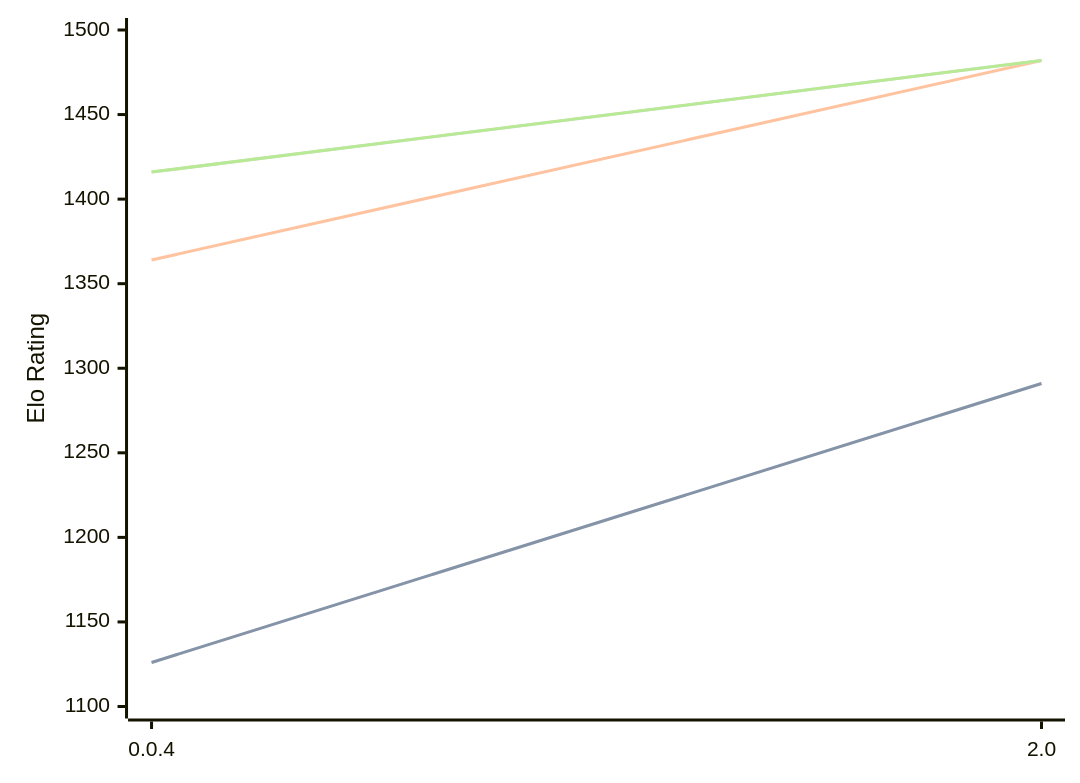
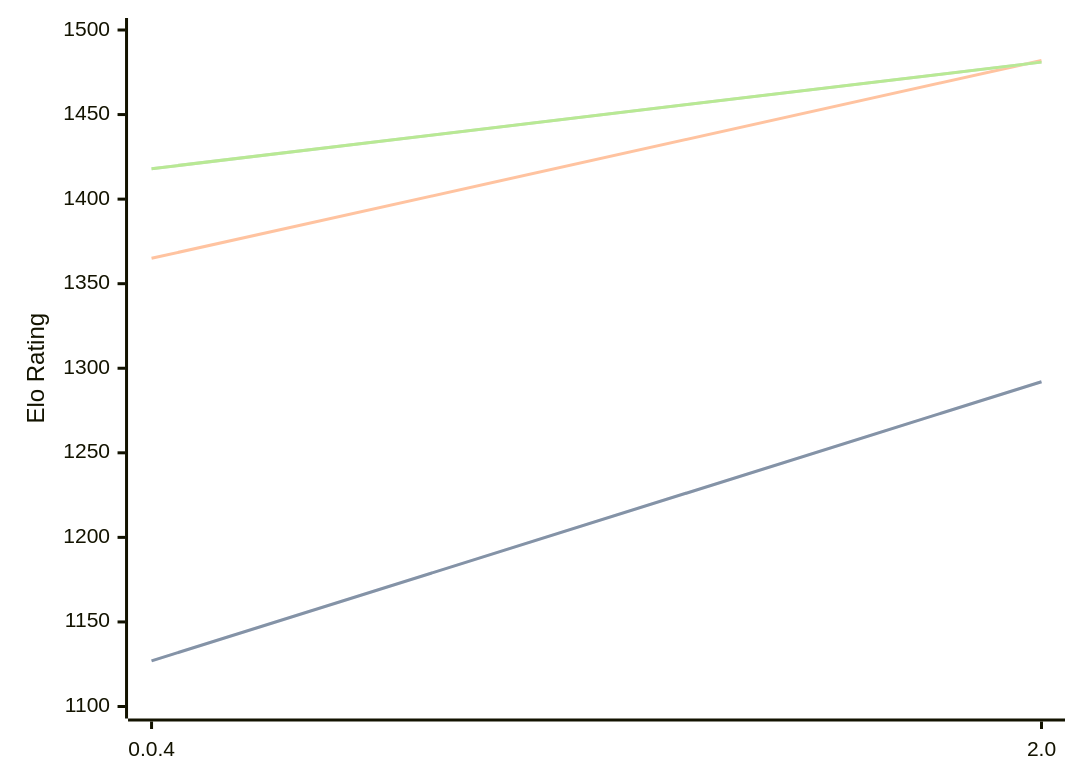
One commit to computer-chess-index/cci changed the diagram in engines/Oops!Mate.md. Above: the diagram before and after it, drawn with Mermaid. The commit also changed other lines of this file, not shown here.

Commit message:
Update CCI Ratings (ELO VLTC) - 2026-05-01

````diff
--- a/engines/Oops!Mate.md
+++ b/engines/Oops!Mate.md
@@ -51,11 +51,11 @@
 ```mermaid
 %%{init: {"theme":"base","themeVariables":{"seriesColors:['#a3a3a3','#222221','#faa371']}}}%%
 xychart-beta
   x-axis ["0.0.4", "2.0"]
   y-axis "Elo Rating" 1100 --> 1500
-  line "STC (8.0+0.08s)" [1126, 1291]
-  line "STC (8.0+0.08s)" [1126, 1291]
-  line "LTC (60.0+0.60s)" [1364, 1482]
-  line "VLTC (2m24s+1.12s)" [1416, 1482]
-  line "VLTC (2m24s+1.12s)" [1416, 1482]
+  line "STC (8.0+0.08s)" [1127, 1292]
+  line "STC (8.0+0.08s)" [1127, 1292]
+  line "LTC (60.0+0.60s)" [1365, 1482]
+  line "VLTC (2m24s+1.12s)" [1418, 1481]
+  line "VLTC (2m24s+1.12s)" [1418, 1481]
 ```
````
